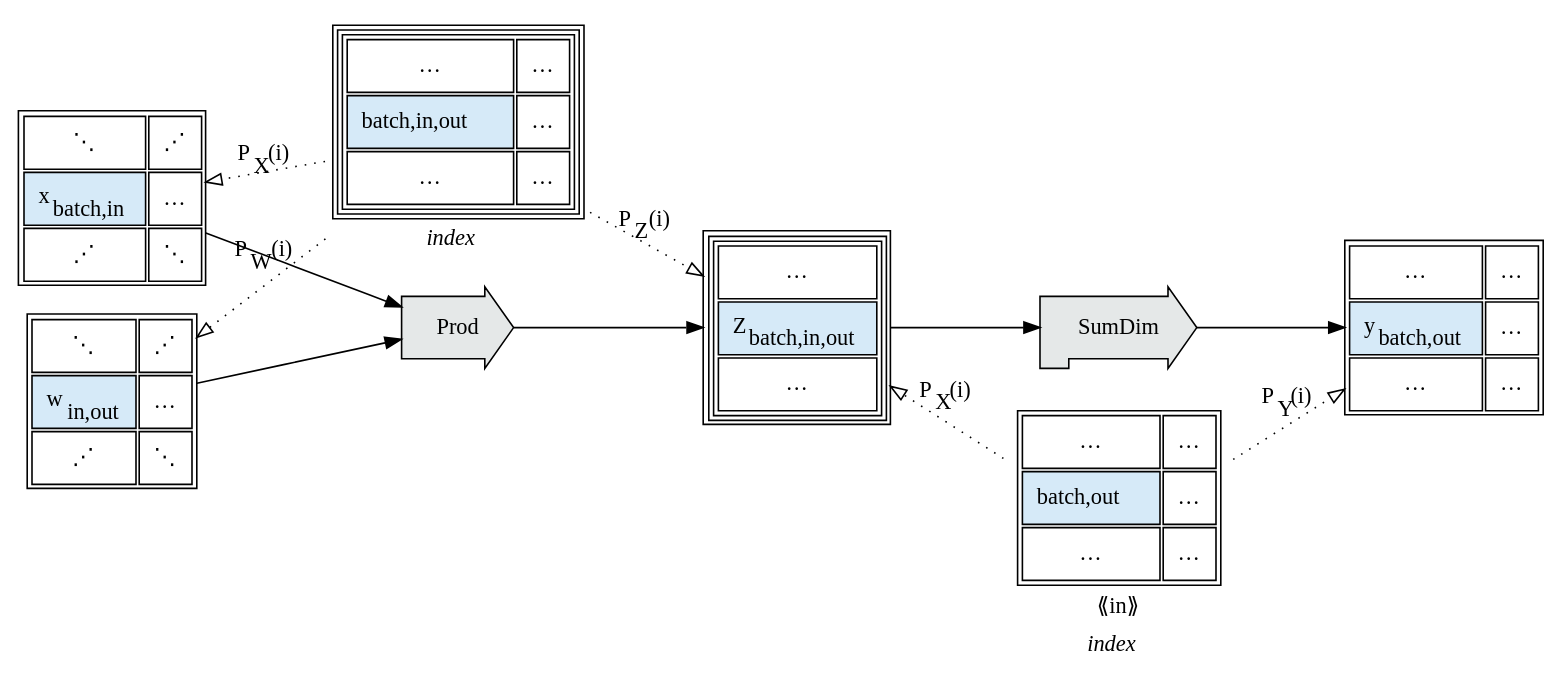
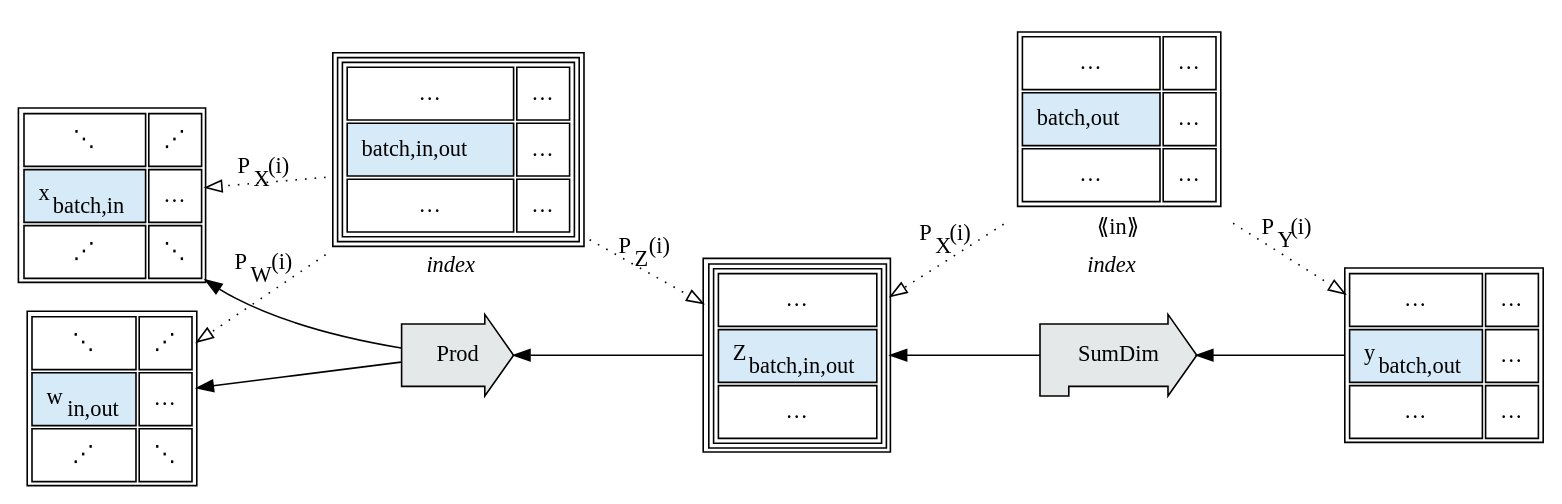
Diagram 31 of 58 in source/Tapestry/index.md (crutcher/crutcher.github.io-source), drawn with Graphviz before and after one commit. The commit also changed other lines of this file, not shown here.

Commit message:
migrate graphs to RL; add some semantic type notes.

````diff
--- a/source/Tapestry/index.md
+++ b/source/Tapestry/index.md
@@ -4034,6 +4329,6 @@
 ```graphviz
 digraph G {
-    rankdir=LR;
+    rankdir=RL;
 
     idx [
         shape="plain",
@@ -4128,10 +4423,10 @@
             </td></tr></table>
         >,
     ];
-
-    x -> Prod;
-    w -> Prod;
-    Prod -> z;
+    
+    Prod -> x;
+    Prod -> w;
+    z -> Prod;
 
     idx -> x [label=<P<sub>X</sub>(i)>, constraint=false, style=dotted, arrowhead=empty];
     idx -> w [label=<P<sub>W</sub>(i)>, constraint=false, style=dotted, arrowhead=empty];
@@ -4196,9 +4491,9 @@
             </table>
         >,
     ];
-
-    z -> SumDim;
-    SumDim -> y;
+    
+    SumDim -> z;
+    y -> SumDim;
 
     idx2 -> z [label=<P<sub>X</sub>(i)>, constraint=false, style=dotted, arrowhead=empty];
     idx2 -> y [label=<P<sub>Y</sub>(i)>, constraint=false, style=dotted, arrowhead=empty];
````
